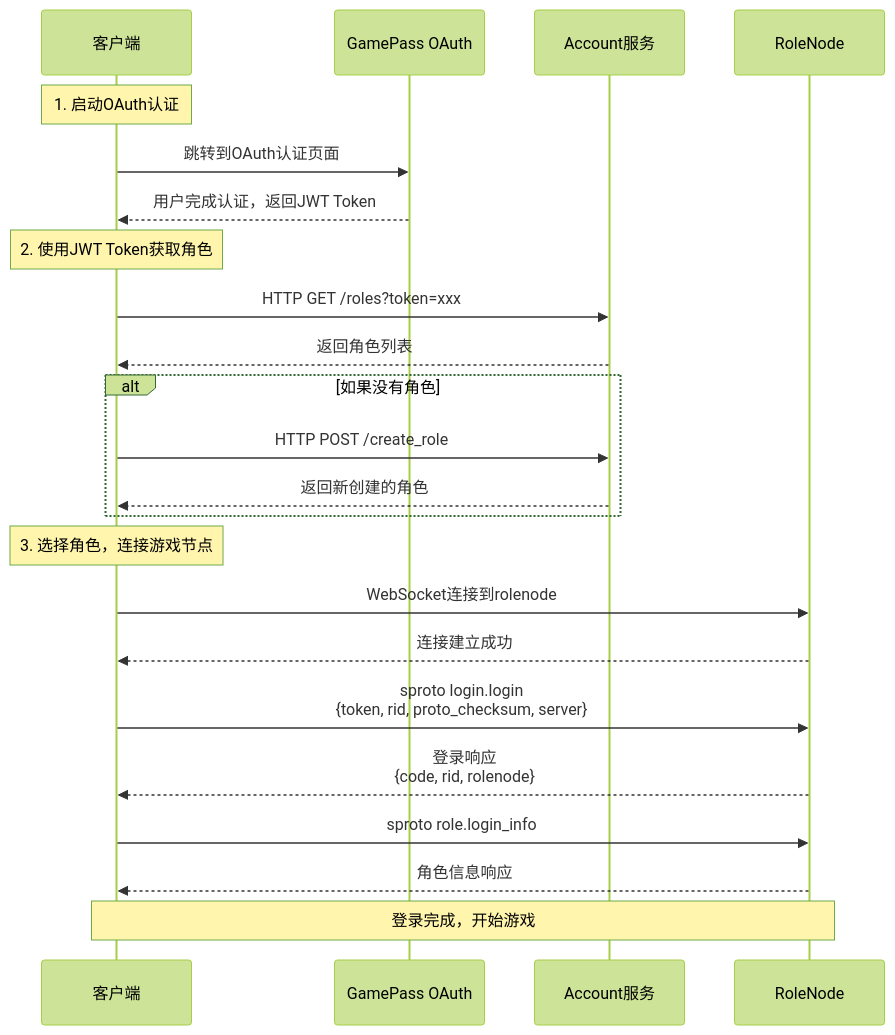
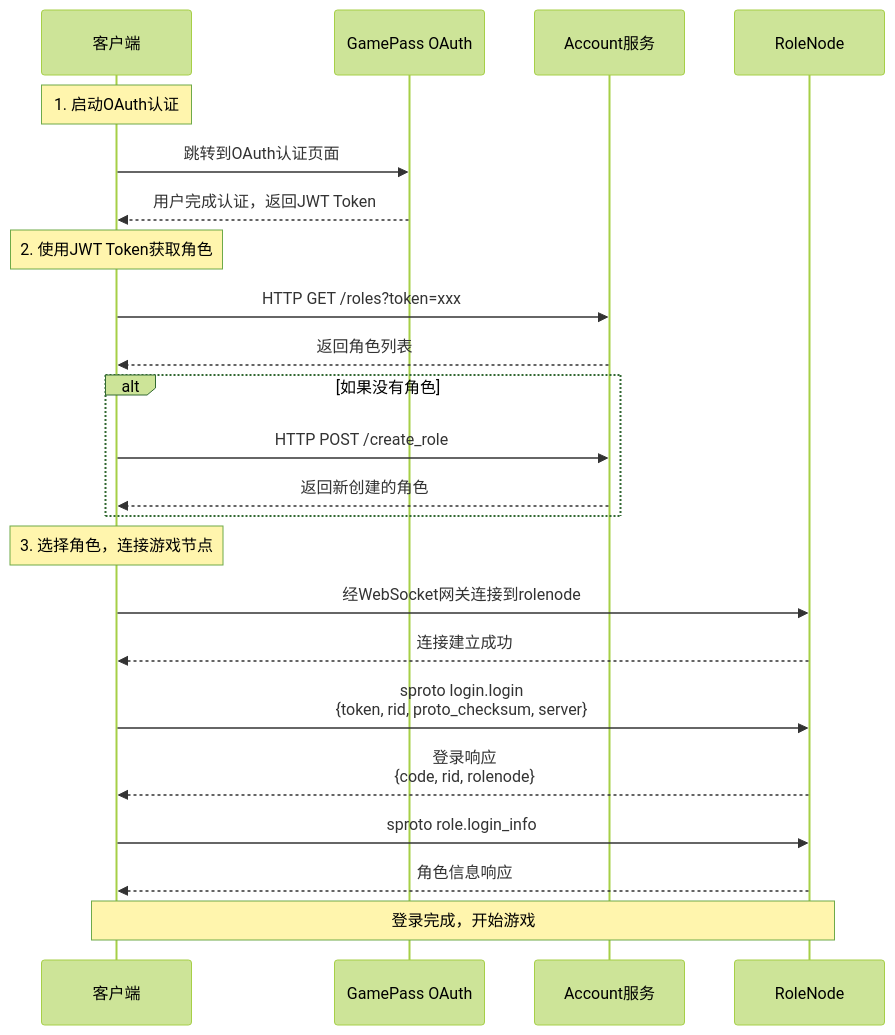
The fifth of 6 diagrams in docs/guide/login_diagram.md (hanxi/skyext), drawn with Mermaid (forest theme) before and after one commit. The commit also changed other lines of this file and 13 other files, not shown here.

````diff
--- a/docs/guide/login_diagram.md
+++ b/docs/guide/login_diagram.md
@@ -163,32 +165,32 @@
 ```mermaid
 sequenceDiagram
     participant C as 客户端
     participant GP as GamePass OAuth
     participant A as Account服务
     participant R as RoleNode
 
     Note over C: 1. 启动OAuth认证
     C->>GP: 跳转到OAuth认证页面
     GP-->>C: 用户完成认证，返回JWT Token
 
     Note over C: 2. 使用JWT Token获取角色
     C->>A: HTTP GET /roles?token=xxx
     A-->>C: 返回角色列表
 
     alt 如果没有角色
         C->>A: HTTP POST /create_role
         A-->>C: 返回新创建的角色
     end
 
     Note over C: 3. 选择角色，连接游戏节点
-    C->>R: WebSocket连接到rolenode
+    C->>R: 经WebSocket网关连接到rolenode
     R-->>C: 连接建立成功
 
     C->>R: sproto login.login<br/>{token, rid, proto_checksum, server}
     R-->>C: 登录响应<br/>{code, rid, rolenode}
 
     C->>R: sproto role.login_info
     R-->>C: 角色信息响应
 
     Note over C,R: 登录完成，开始游戏
 ```
````
